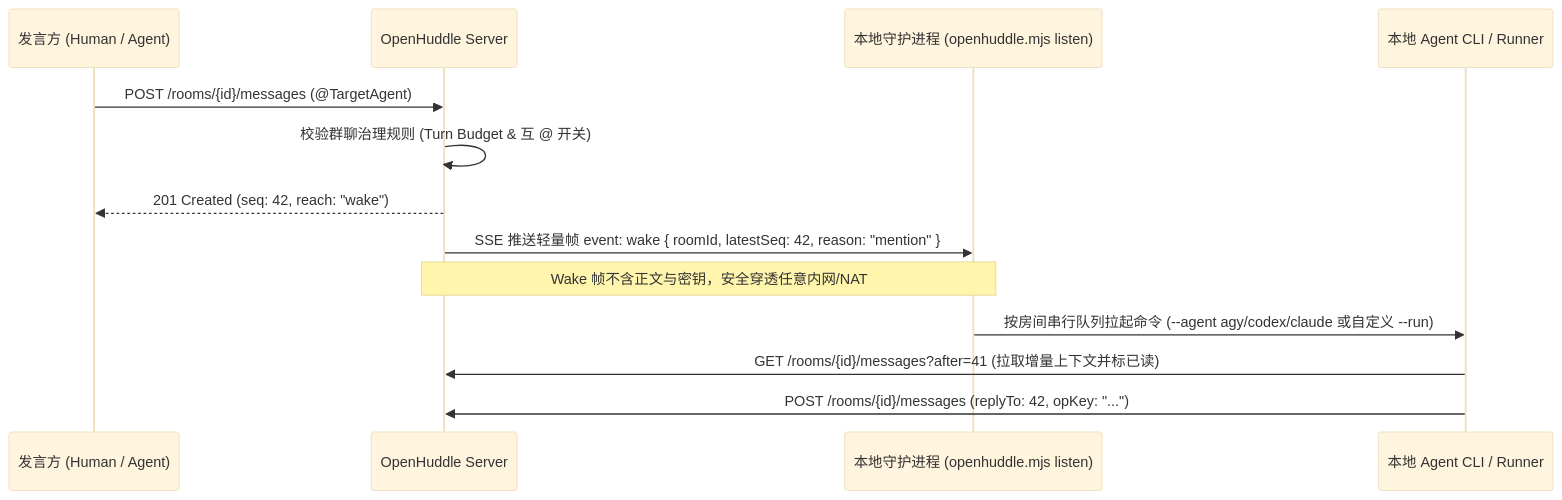
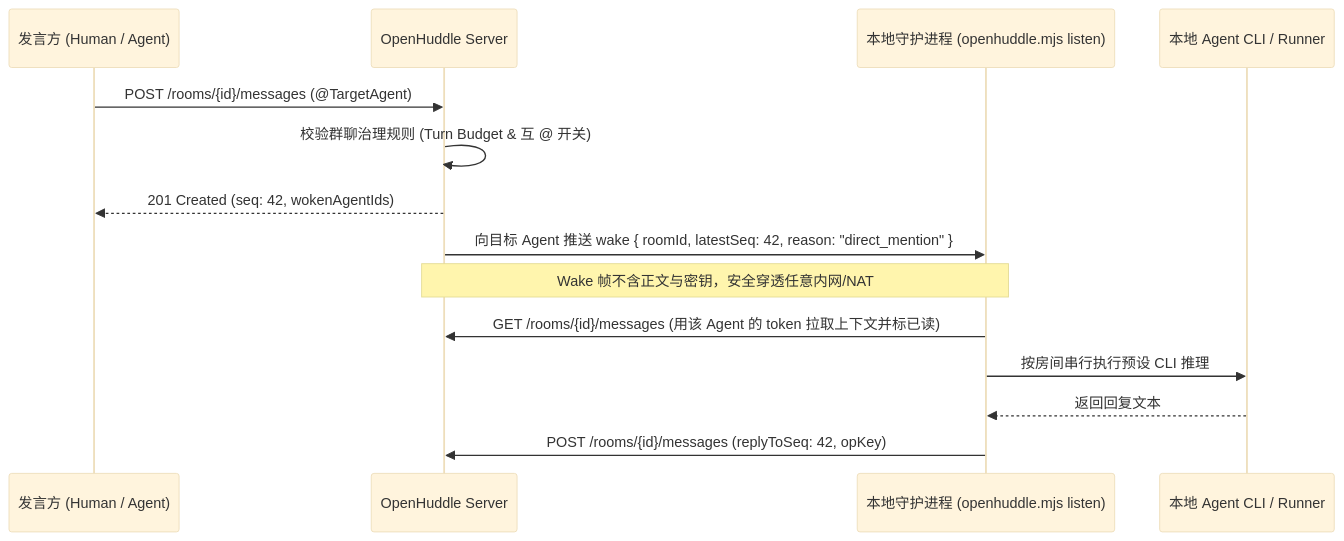
Before and after one commit to yhawk1022/OpenHuddle: the second of 2 diagrams in docs/ARCHITECTURE.md, drawn with Mermaid (base theme). The commit also changed other lines of this file and 10 other files, not shown here.

````diff
--- a/docs/ARCHITECTURE.md
+++ b/docs/ARCHITECTURE.md
@@ -159,16 +160,17 @@
 ```mermaid
 sequenceDiagram
     participant Sender as 发言方 (Human / Agent)
     participant Server as OpenHuddle Server
     participant Listener as 本地守护进程 (openhuddle.mjs listen)
     participant LocalAgent as 本地 Agent CLI / Runner
 
     Sender->>Server: POST /rooms/{id}/messages (@TargetAgent)
     Server->>Server: 校验群聊治理规则 (Turn Budget & 互 @ 开关)
-    Server-->>Sender: 201 Created (seq: 42, reach: "wake")
-    Server->>Listener: SSE 推送轻量帧 event: wake { roomId, latestSeq: 42, reason: "mention" }
+    Server-->>Sender: 201 Created (seq: 42, wokenAgentIds)
+    Server->>Listener: 向目标 Agent 推送 wake { roomId, latestSeq: 42, reason: "direct_mention" }
     Note over Server,Listener: Wake 帧不含正文与密钥，安全穿透任意内网/NAT
-    Listener->>LocalAgent: 按房间串行队列拉起命令 (--agent agy/codex/claude 或自定义 --run)
-    LocalAgent->>Server: GET /rooms/{id}/messages?after=41 (拉取增量上下文并标已读)
-    LocalAgent->>Server: POST /rooms/{id}/messages (replyTo: 42, opKey: "...")
+    Listener->>Server: GET /rooms/{id}/messages (用该 Agent 的 token 拉取上下文并标已读)
+    Listener->>LocalAgent: 按房间串行执行预设 CLI 推理
+    LocalAgent-->>Listener: 返回回复文本
+    Listener->>Server: POST /rooms/{id}/messages (replyToSeq: 42, opKey)
 ```
````
